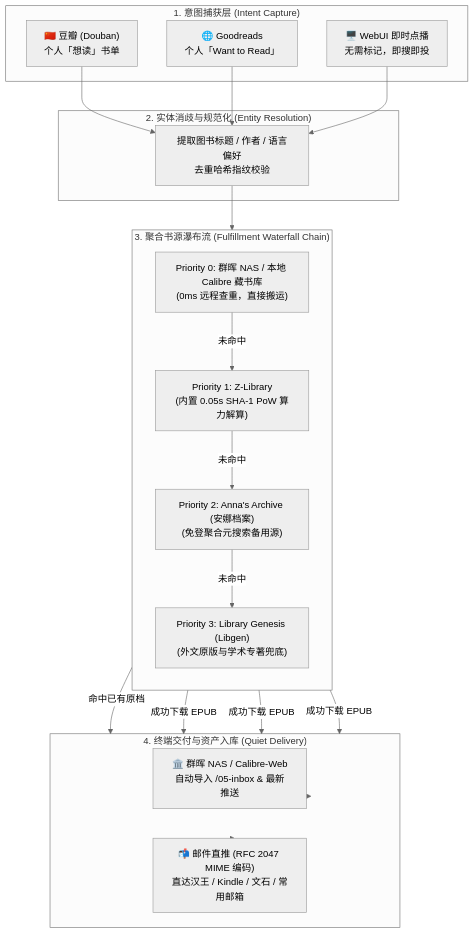
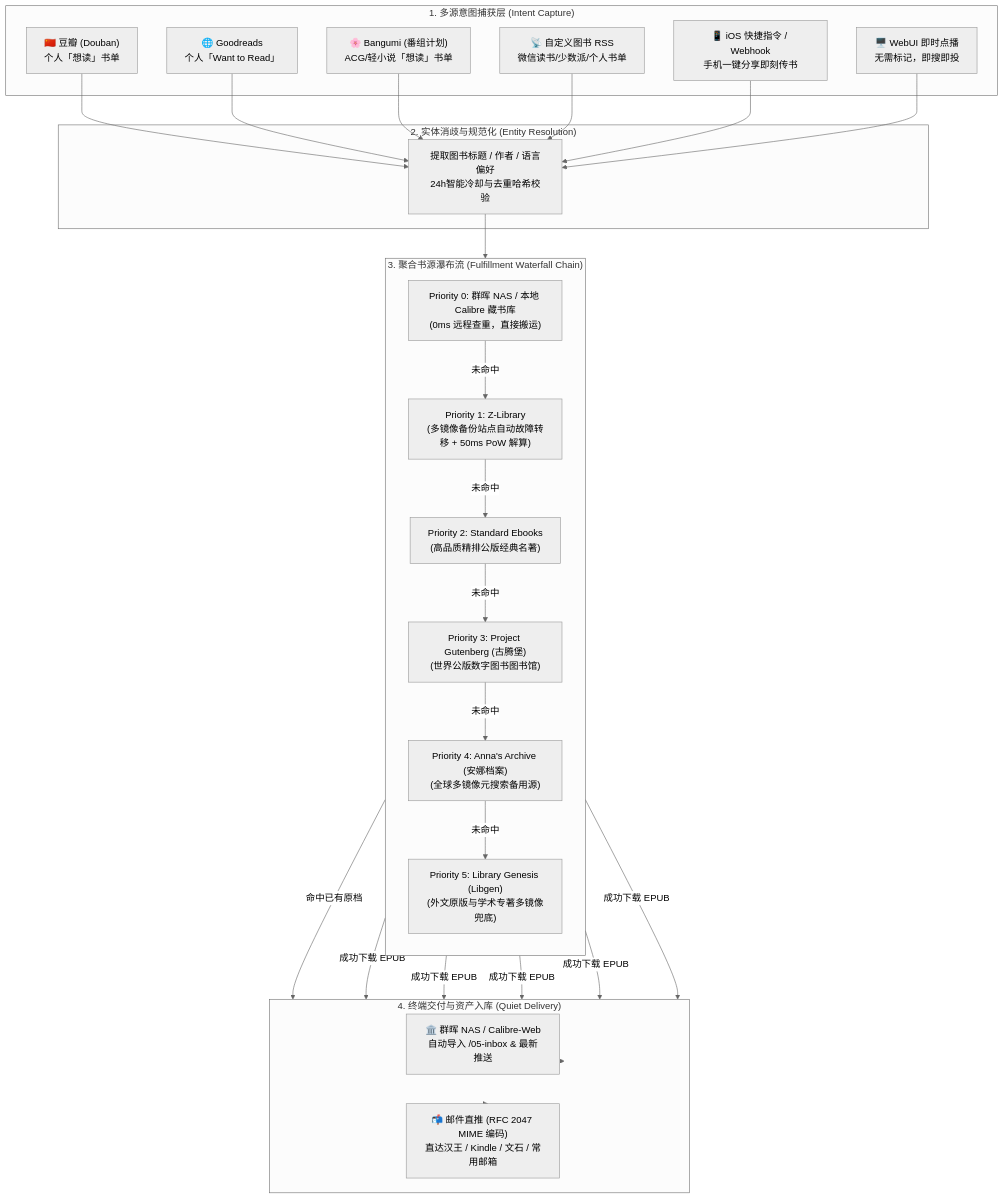
The diagram in README.md (P-bit-display/readflow), drawn with Mermaid (neutral theme) before and after one commit. The commit also changed other lines of this file and 7 other files, not shown here.

Commit message:
feat: Z-Lib backup domains failover, Bangumi/RSS/Webhook intent sources, and Gutenberg/Standard Ebooks channels

````diff
--- a/README.md
+++ b/README.md
@@ -35,41 +35,54 @@
 ```mermaid
 flowchart TD
-    subgraph Intent["1. 意图捕获层 (Intent Capture)"]
+    subgraph Intent["1. 多源意图捕获层 (Intent Capture)"]
         D["🇨🇳 豆瓣 (Douban)<br/>个人「想读」书单"] 
         G["🌐 Goodreads<br/>个人「Want to Read」"]
+        B["🌸 Bangumi (番组计划)<br/>ACG/轻小说「想读」书单"]
+        R["📡 自定义图书 RSS<br/>微信读书/少数派/个人书单"]
+        K["📱 iOS 快捷指令 / Webhook<br/>手机一键分享即刻传书"]
         W["🖥️ WebUI 即时点播<br/>无需标记，即搜即投"]
     end
 
     subgraph Resolution["2. 实体消歧与规范化 (Entity Resolution)"]
-        E["提取图书标题 / 作者 / 语言偏好<br/>去重哈希指纹校验"]
+        E["提取图书标题 / 作者 / 语言偏好<br/>24h智能冷却与去重哈希校验"]
     end
 
     subgraph Waterfall["3. 聚合书源瀑布流 (Fulfillment Waterfall Chain)"]
         direction TB
         S0["Priority 0: 群晖 NAS / 本地 Calibre 藏书库<br/>(0ms 远程查重，直接搬运)"]
-        S1["Priority 1: Z-Library<br/>(内置 0.05s SHA-1 PoW 算力解算)"]
-        S2["Priority 2: Anna's Archive (安娜档案)<br/>(免登聚合元搜索备用源)"]
-        S3["Priority 3: Library Genesis (Libgen)<br/>(外文原版与学术专著兜底)"]
+        S1["Priority 1: Z-Library<br/>(多镜像备份站点自动故障转移 + 50ms PoW 解算)"]
+        S2["Priority 2: Standard Ebooks<br/>(高品质精排公版经典名著)"]
+        S3["Priority 3: Project Gutenberg (古腾堡)<br/>(世界公版数字图书图书馆)"]
+        S4["Priority 4: Anna's Archive (安娜档案)<br/>(全球多镜像元搜索备用源)"]
+        S5["Priority 5: Library Genesis (Libgen)<br/>(外文原版与学术专著多镜像兜底)"]
     end
 
     subgraph Delivery["4. 终端交付与资产入库 (Quiet Delivery)"]
         NAS["🏛️ 群晖 NAS / Calibre-Web<br/>自动导入 /05-inbox & 最新推送"]
         Mail["📬 邮件直推 (RFC 2047 MIME 编码)<br/>直达汉王 / Kindle / 文石 / 常用邮箱"]
     end
 
     D --> E
     G --> E
+    B --> E
+    R --> E
+    K --> E
     W --> E
+
     E --> S0
     S0 -- 未命中 --> S1
     S1 -- 未命中 --> S2
     S2 -- 未命中 --> S3
+    S3 -- 未命中 --> S4
+    S4 -- 未命中 --> S5
 
     S0 -- 命中已有原档 --> Delivery
     S1 -- 成功下载 EPUB --> Delivery
     S2 -- 成功下载 EPUB --> Delivery
     S3 -- 成功下载 EPUB --> Delivery
+    S4 -- 成功下载 EPUB --> Delivery
+    S5 -- 成功下载 EPUB --> Delivery
 
     Delivery --> NAS
     Delivery --> Mail
 ```
````
